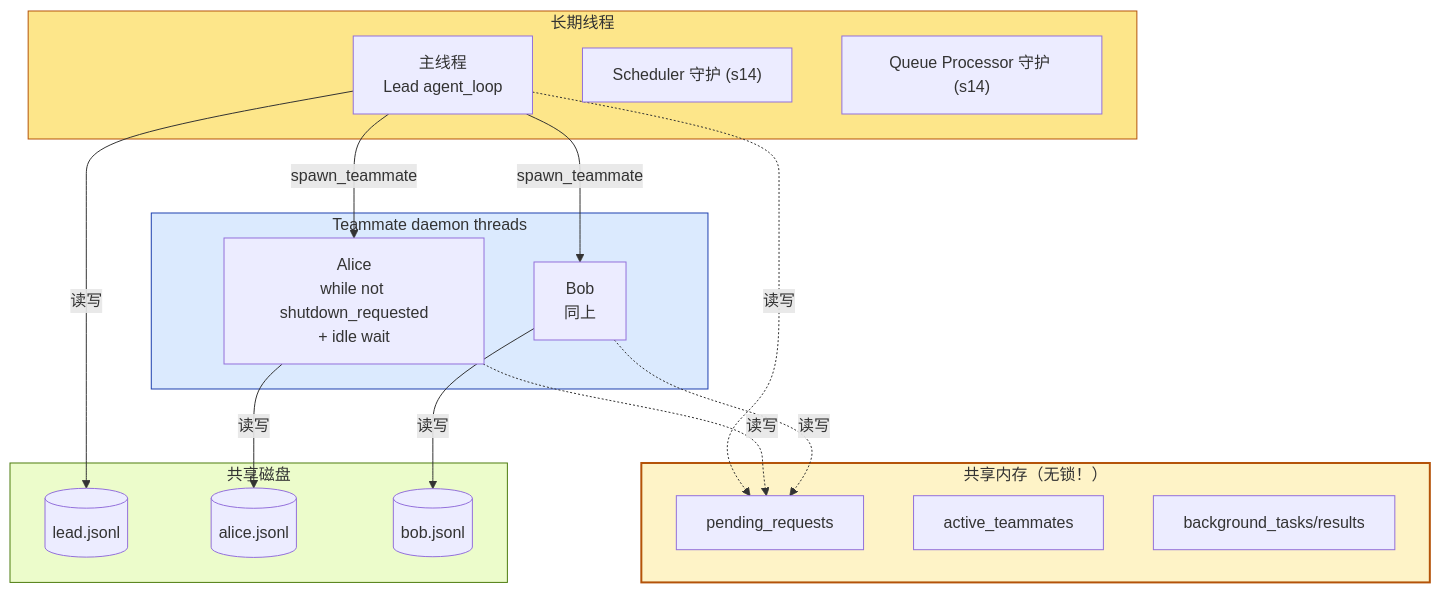
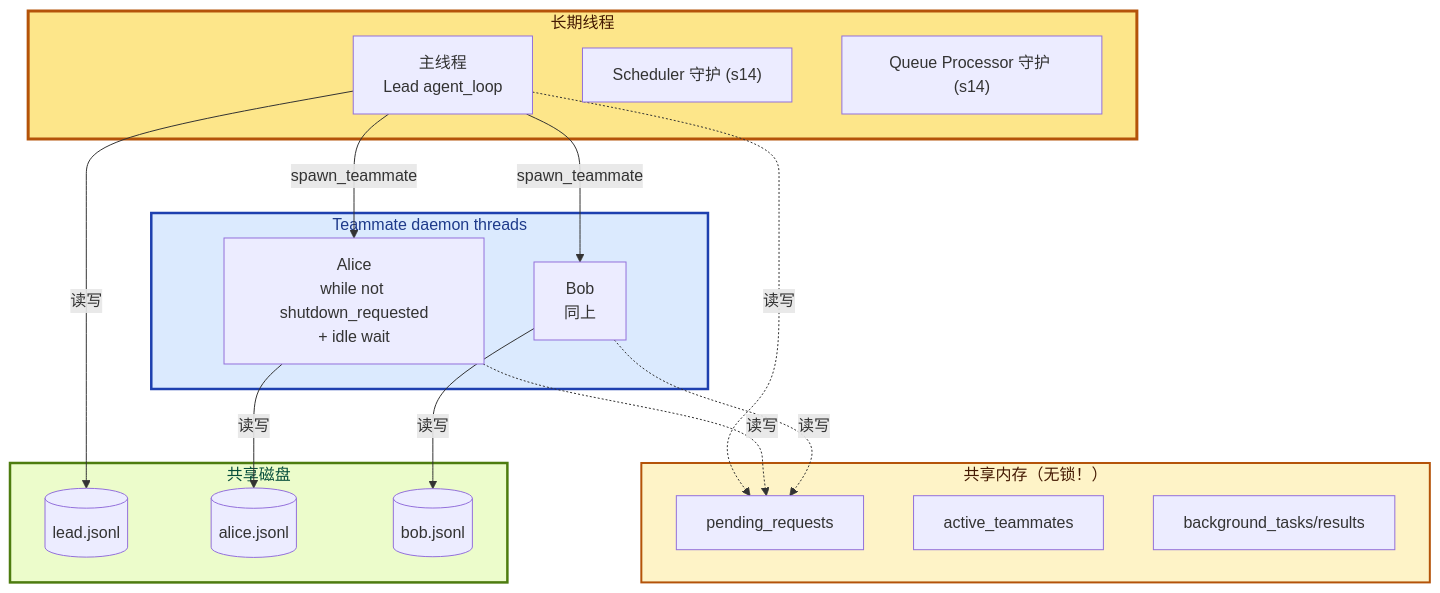
Before and after one commit to PyrePuin/From-Zero-LLM-Agent-Infra-Notes: the fourth of 4 diagrams in Agent/Harness/Claude Code/Phase 5 - 多智能体/16 - Team Protocols.md, drawn with Mermaid. The commit also changed other lines of this file and 23 other files, not shown here.

First line of the commit message:
refactor(mermaid): 统一所有图的视觉规范

````diff
--- a/Agent/Harness/Claude Code/Phase 5 - 多智能体/16 - Team Protocols.md
+++ b/Agent/Harness/Claude Code/Phase 5 - 多智能体/16 - Team Protocols.md
@@ -634,39 +637,40 @@
 ```mermaid
+%%{init: {'themeVariables': {'fontSize': '16px', 'fontFamily': 'ui-sans-serif, system-ui, -apple-system, "Segoe UI", Roboto, sans-serif'}}}%%
 flowchart TB
     subgraph Long["长期线程"]
         Main["主线程<br/>Lead agent_loop"]
         Sched["Scheduler 守护 (s14)"]
         QP["Queue Processor 守护 (s14)"]
     end
 
     subgraph Teammates["Teammate daemon threads"]
         T1["Alice<br/>while not shutdown_requested<br/>+ idle wait"]
         T2["Bob<br/>同上"]
     end
 
     subgraph Shared["共享内存（无锁！）"]
         P["pending_requests"]
         AT["active_teammates"]
         BG["background_tasks/results"]
     end
 
     subgraph Bus["共享磁盘"]
         B1[("lead.jsonl")]
         B2[("alice.jsonl")]
         B3[("bob.jsonl")]
     end
 
     Main -->|"spawn_teammate"| T1
     Main -->|"spawn_teammate"| T2
     Main -.->|"读写"| P
     T1 -.->|"读写"| P
     T2 -.->|"读写"| P
     Main -->|"读写"| B1
     T1 -->|"读写"| B2
     T2 -->|"读写"| B3
 
-    style Long fill:#fde68a,stroke:#b45309
-    style Teammates fill:#dbeafe,stroke:#1e40af
-    style Shared fill:#fef3c7,stroke:#b45309,stroke-width:2px
-    style Bus fill:#ecfccb,stroke:#4d7c0f
+    style Long fill:#fde68a,stroke:#b45309,stroke-width:3px,color:#451a03
+    style Teammates fill:#dbeafe,stroke:#1e40af,stroke-width:2.5px,color:#1e3a8a
+    style Shared fill:#fef3c7,stroke:#b45309,stroke-width:2px,color:#451a03
+    style Bus fill:#ecfccb,stroke:#4d7c0f,stroke-width:2.5px,color:#064e3b
 ```
````
